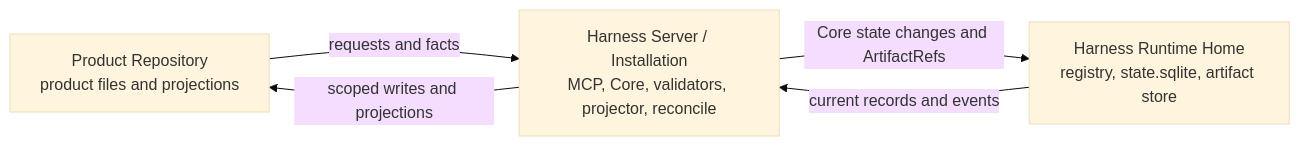
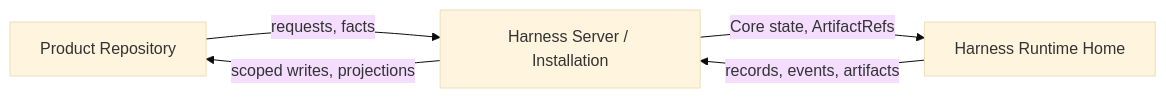
The first of 2 diagrams in docs/en/reference/runtime-architecture.md (minjungw00/Harness_Project), drawn with Mermaid (base theme) before and after one commit. The commit also changed other lines of this file and 15 other files, not shown here.

Commit message:
docs: simplify and audit Harness diagrams

````diff
--- a/docs/en/reference/runtime-architecture.md
+++ b/docs/en/reference/runtime-architecture.md
@@ -72,11 +72,11 @@
 ```mermaid
 flowchart LR
-  Repo["Product Repository<br/>product files and projections"]
-  Server["Harness Server / Installation<br/>MCP, Core, validators, projector, reconcile"]
-  Home["Harness Runtime Home<br/>registry, state.sqlite, artifact store"]
+  Repo["Product Repository"]
+  Server["Harness Server / Installation"]
+  Home["Harness Runtime Home"]
 
-  Repo -->|requests and facts| Server
-  Server -->|scoped writes and projections| Repo
-  Server -->|Core state changes and ArtifactRefs| Home
-  Home -->|current records and events| Server
+  Repo -->|requests, facts| Server
+  Server -->|scoped writes, projections| Repo
+  Server -->|Core state, ArtifactRefs| Home
+  Home -->|records, events, artifacts| Server
 ```
````
